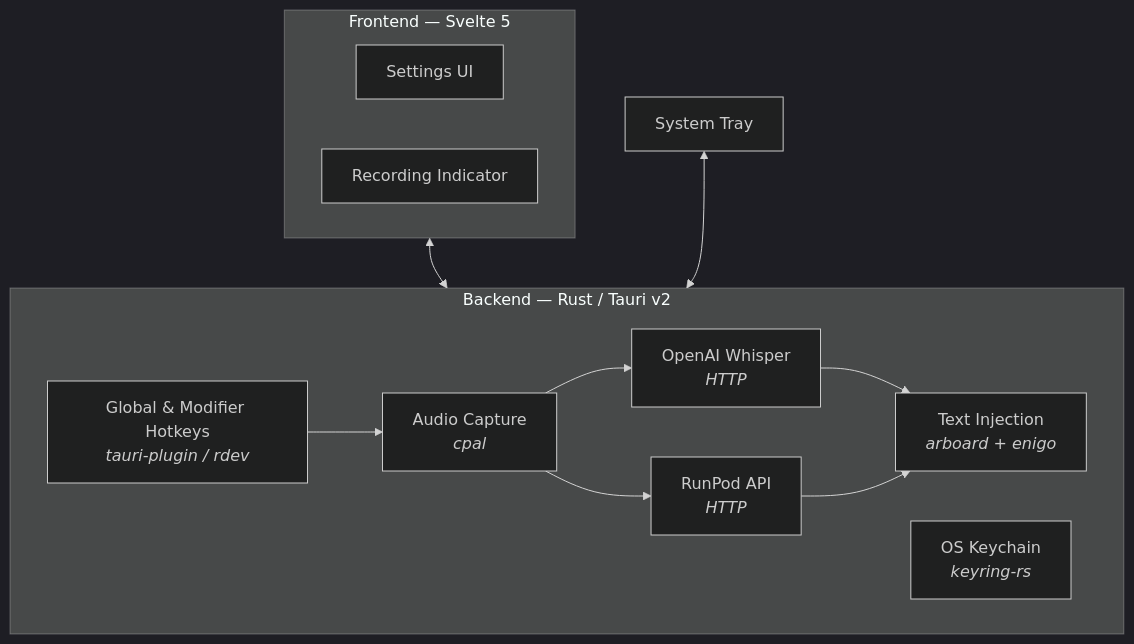
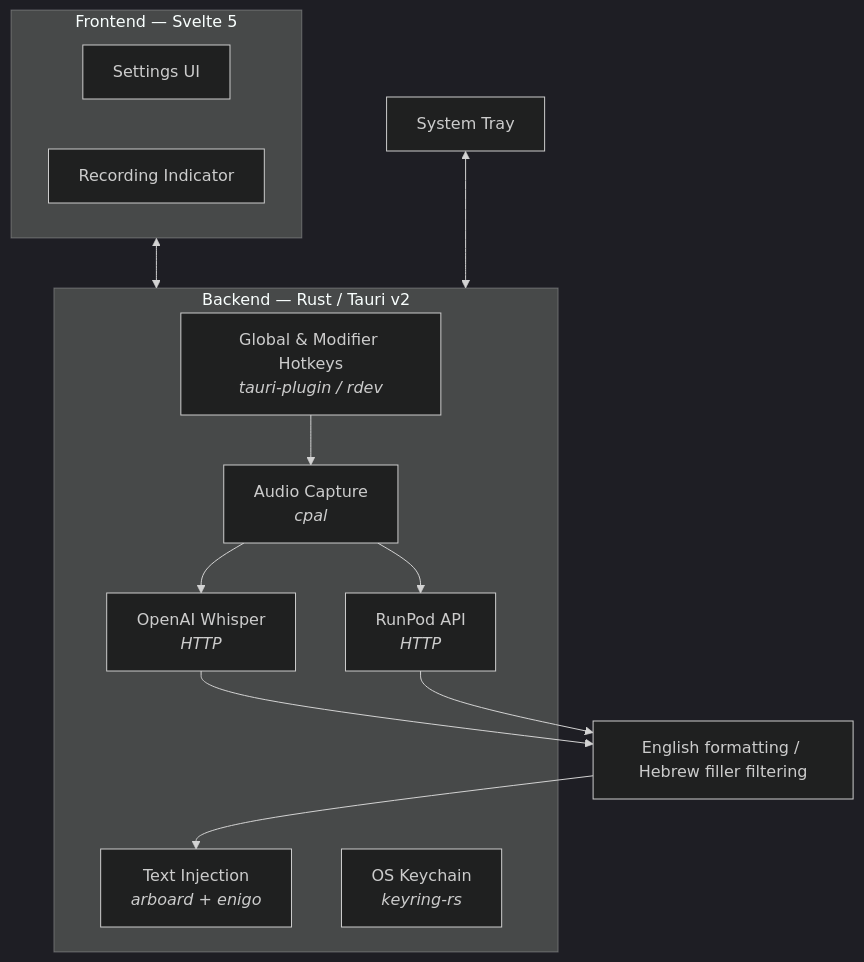
One commit to MatanelP/AirType changed the diagram in README.md. Above: the diagram before and after it, drawn with Mermaid (dark theme). The commit also changed other lines of this file and 6 other files, not shown here.

````diff
--- a/README.md
+++ b/README.md
@@ -144,26 +162,27 @@
 ```mermaid
 graph TB
     subgraph Frontend ["Frontend — Svelte 5"]
         UI[Settings UI]
         Indicator[Recording Indicator]
     end
 
     subgraph Backend ["Backend — Rust / Tauri v2"]
         Hotkeys[Global & Modifier Hotkeys<br><i>tauri-plugin / rdev</i>]
         Audio[Audio Capture<br><i>cpal</i>]
         OpenAI[OpenAI Whisper<br><i>HTTP</i>]
         RunPod[RunPod API<br><i>HTTP</i>]
         Inject[Text Injection<br><i>arboard + enigo</i>]
         Keychain[OS Keychain<br><i>keyring-rs</i>]
     end
 
     Tray[System Tray]
 
     Hotkeys --> Audio
     Audio --> OpenAI
     Audio --> RunPod
-    OpenAI --> Inject
-    RunPod --> Inject
+    OpenAI --> Format[English formatting / Hebrew filler filtering]
+    RunPod --> Format
+    Format --> Inject
     Frontend <--> Backend
     Tray <--> Backend
 ```
````
